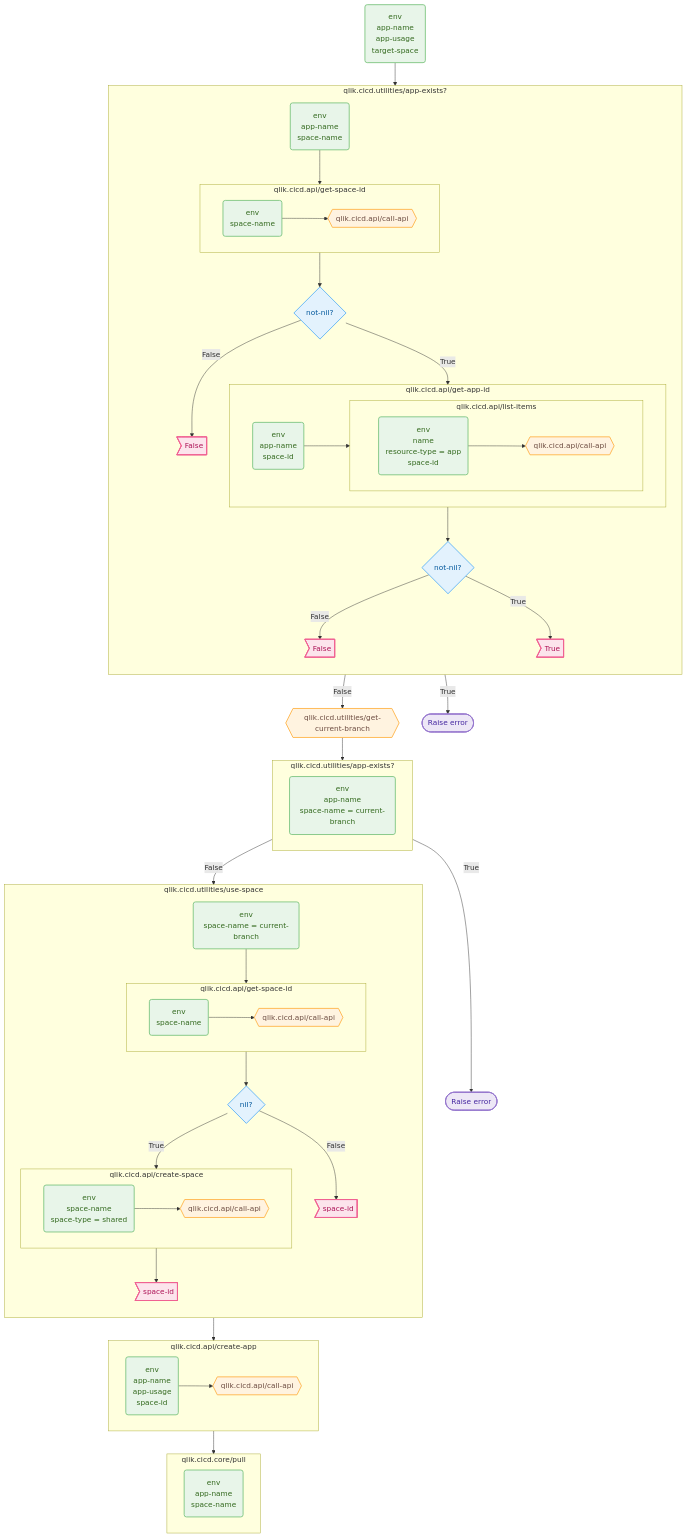
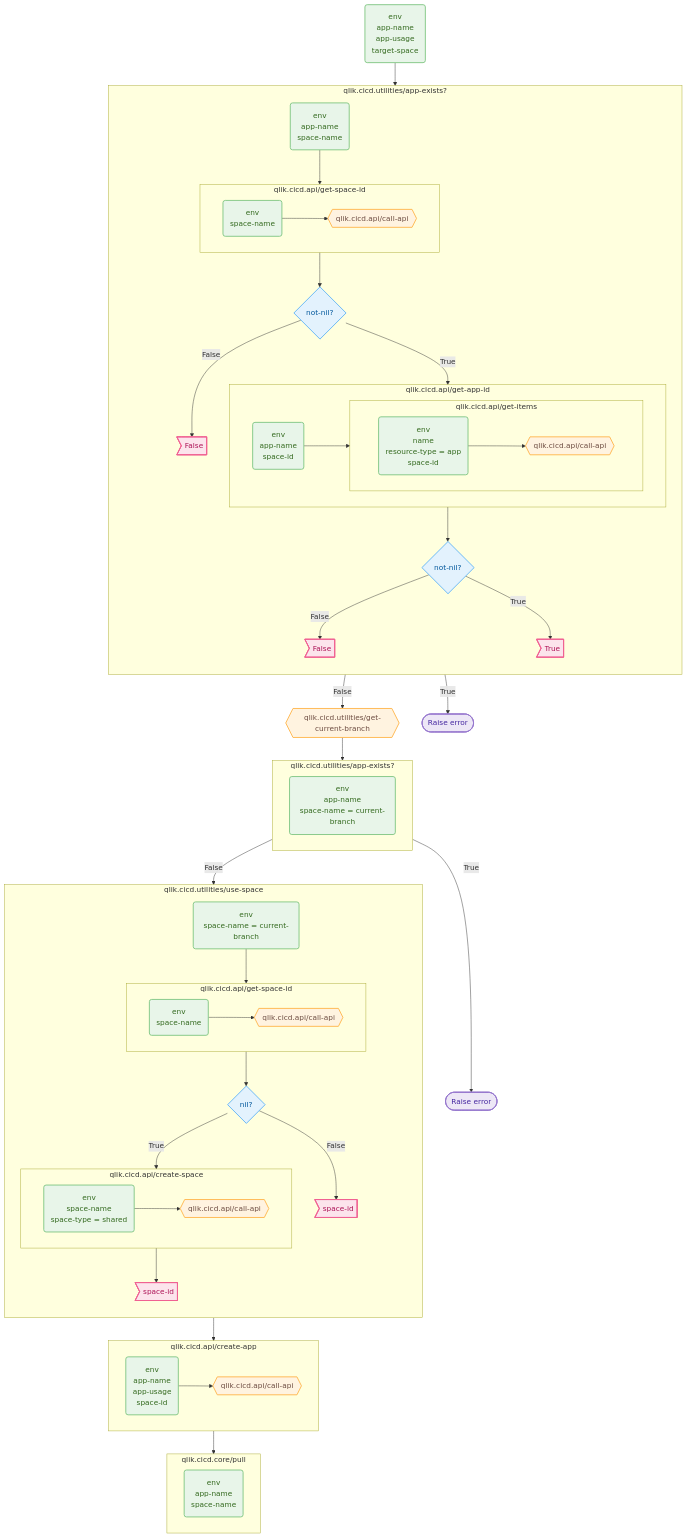
One commit to mattiasthalen/qlik-cicd-cli changed the second of 2 diagrams in README.md. Above: the diagram before and after it, drawn with Mermaid. The commit also changed 2 other files, not shown here.

Commit message:
Rename list-items to get-items and return just the data key

```diff
--- a/README.md
+++ b/README.md
@@ -59,7 +59,7 @@
         subgraph get_app_id["qlik.cicd.api/get-app-id"]
             get_app_id__input:::event@{shape: event, label: "env\napp-name\nspace-id"}
 
-            subgraph list_items["qlik.cicd.api/list-items"]
+            subgraph list_items["qlik.cicd.api/get-items"]
                 list_items__input:::event@{shape: event, label: "env\nname\nresource-type = app\nspace-id"}
                 list_items__api:::prepare@{shape: prepare, label: "qlik.cicd.api/call-api"}
 
```
